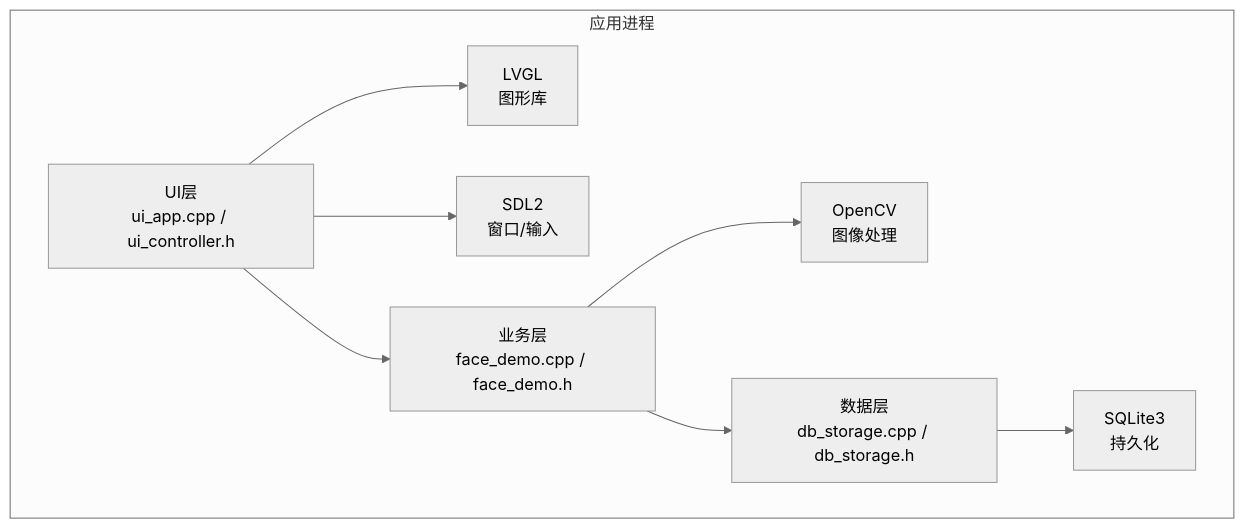
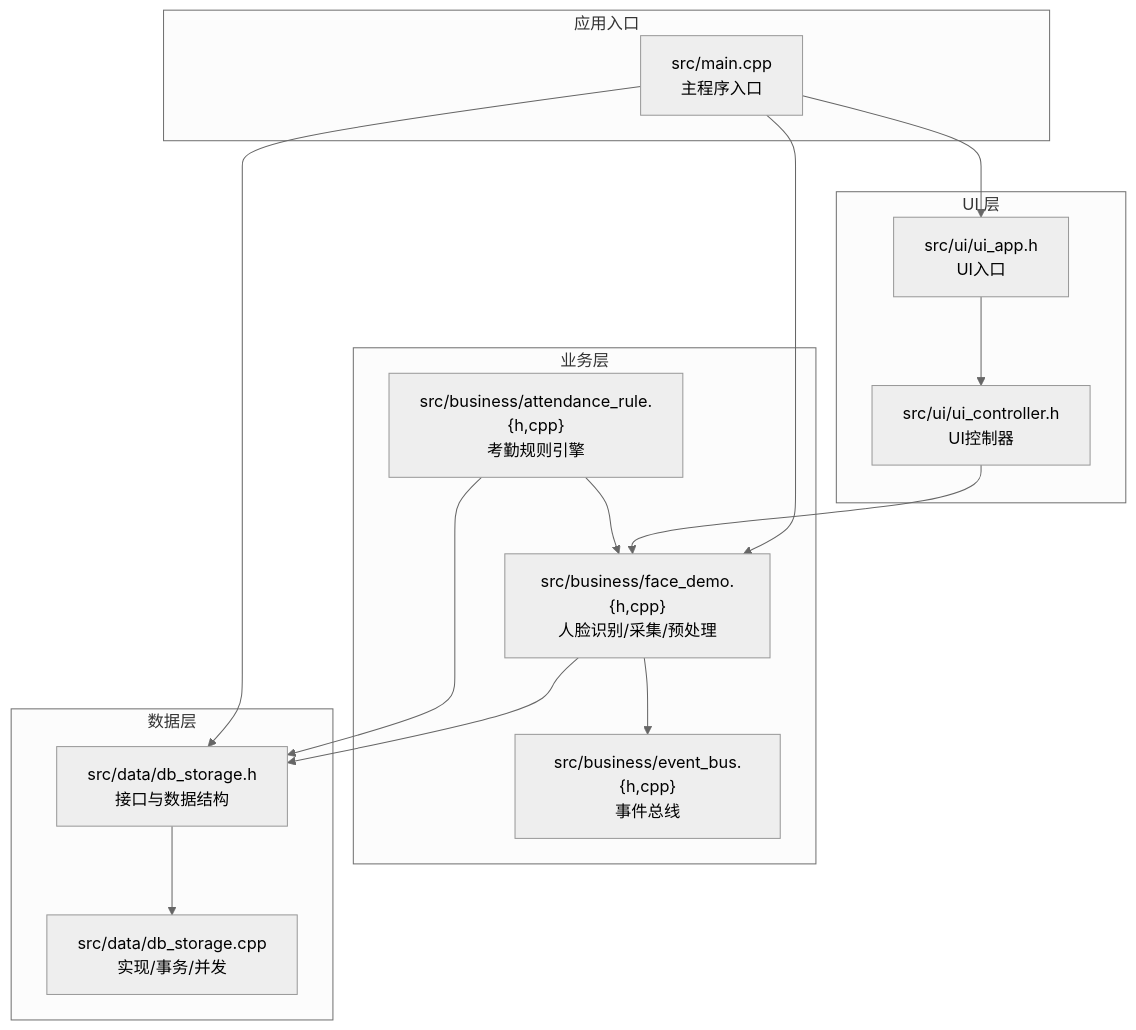
The first of 8 diagrams in .qoder/repowiki/zh/content/开发指南/开发指南.md (Drunk552/SmartAttendance), drawn with Mermaid (neutral theme) before and after one commit. The commit also changed other lines of this file and 119 other files, not shown here.

````diff
--- a/.qoder/repowiki/zh/content/开发指南/开发指南.md
+++ b/.qoder/repowiki/zh/content/开发指南/开发指南.md
@@ -88,18 +43,29 @@
 ```mermaid
 graph TB
-subgraph "应用进程"
-UI["UI层<br/>ui_app.cpp / ui_controller.h"]
-BUS["业务层<br/>face_demo.cpp / face_demo.h"]
-DATA["数据层<br/>db_storage.cpp / db_storage.h"]
-OPEN["OpenCV<br/>图像处理"]
-SQLITE["SQLite3<br/>持久化"]
-LV["LVGL<br/>图形库"]
-SDL["SDL2<br/>窗口/输入"]
+subgraph "应用入口"
+MAIN["src/main.cpp<br/>主程序入口"]
 end
-UI --> LV
-UI --> SDL
-UI --> BUS
-BUS --> OPEN
-BUS --> DATA
-DATA --> SQLITE
+subgraph "UI 层"
+UIAPP["src/ui/ui_app.h<br/>UI入口"]
+UICONTROLLER["src/ui/ui_controller.h<br/>UI控制器"]
+end
+subgraph "业务层"
+FACEMO["src/business/face_demo.{h,cpp}<br/>人脸识别/采集/预处理"]
+EVENTBUS["src/business/event_bus.{h,cpp}<br/>事件总线"]
+RULE["src/business/attendance_rule.{h,cpp}<br/>考勤规则引擎"]
+end
+subgraph "数据层"
+DBHDR["src/data/db_storage.h<br/>接口与数据结构"]
+DBCPP["src/data/db_storage.cpp<br/>实现/事务/并发"]
+end
+MAIN --> UIAPP
+MAIN --> FACEMO
+MAIN --> DBHDR
+UIAPP --> UICONTROLLER
+UICONTROLLER --> FACEMO
+FACEMO --> DBHDR
+FACEMO --> EVENTBUS
+RULE --> DBHDR
+RULE --> FACEMO
+DBHDR --> DBCPP
 ```
````
